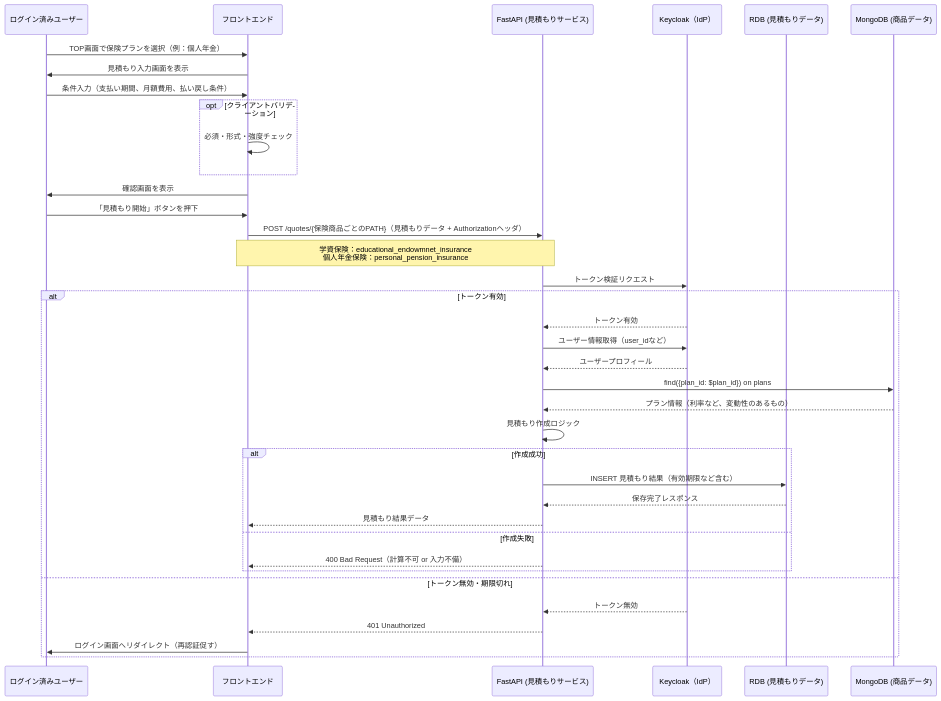
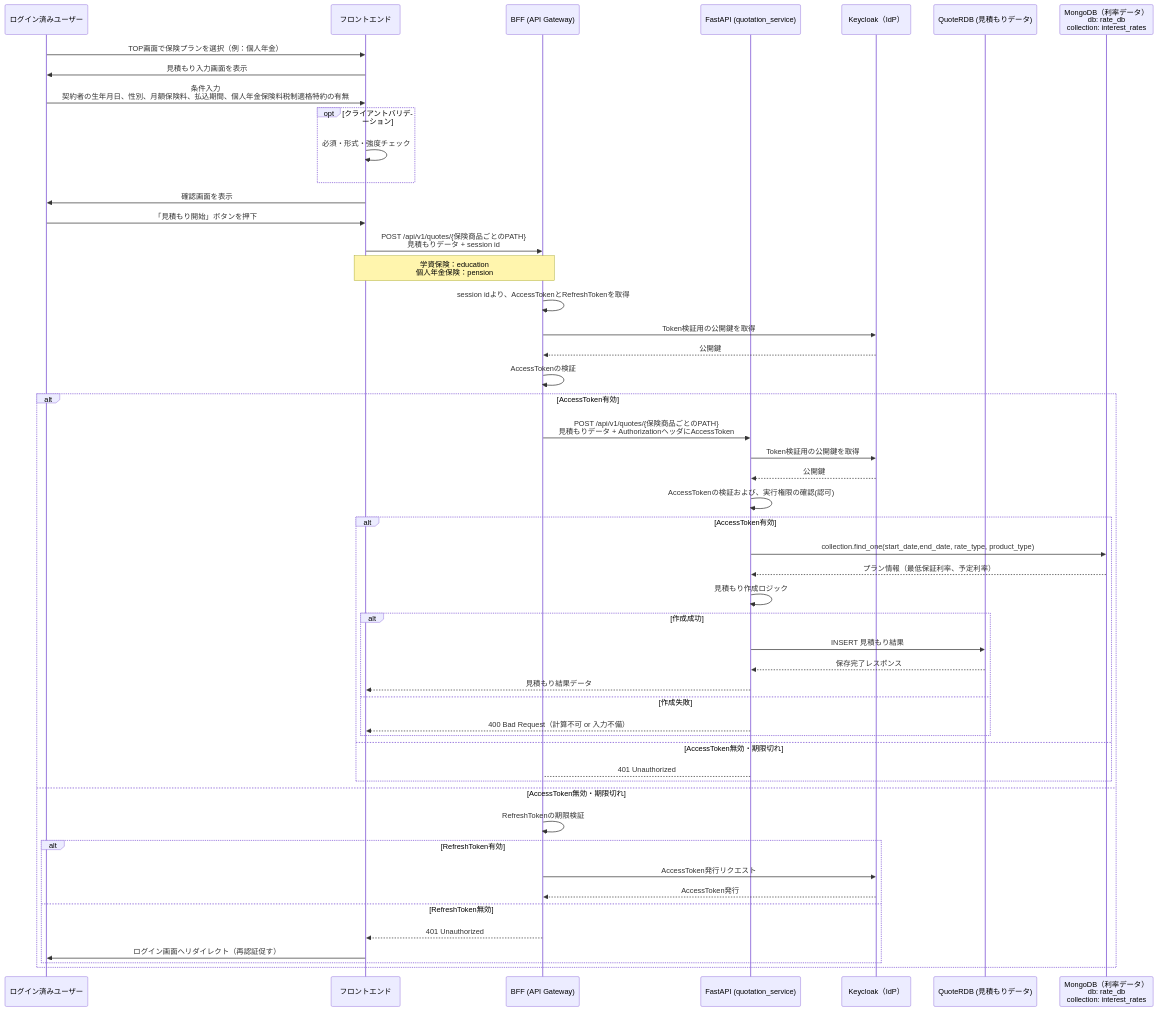
One commit to Yumapon/microservice_app changed the fifth of 10 diagrams in sequence/README.md. Above: the diagram before and after it, drawn with Mermaid. The commit also changed other lines of this file and 114 other files, not shown here.

Commit message:
add openapi, quotation_service(preview), application_service(preview)

````diff
--- a/sequence/README.md
+++ b/sequence/README.md
@@ -280,42 +281,55 @@
 ```mermaid
 sequenceDiagram
     participant User as ログイン済みユーザー
     participant Frontend as フロントエンド
-    participant API as FastAPI (見積もりサービス)
+    participant BFFAPI as BFF (API Gateway)
+    participant API as FastAPI (quotation_service)
     participant Keycloak as Keycloak（IdP）
-    participant DB1 as RDB (見積もりデータ)
-    participant DB2 as MongoDB (商品データ)
+    participant RDB as QuoteRDB (見積もりデータ)
+    participant MongoDB as MongoDB（利率データ）<br>db: rate_db<br>collection: interest_rates
 
     User->>Frontend: TOP画面で保険プランを選択（例：個人年金）
     Frontend->>User: 見積もり入力画面を表示
-    User->>Frontend: 条件入力（支払い期間、月額費用、払い戻し条件）
+    User->>Frontend: 条件入力 <br> 契約者の生年月日、性別、月額保険料、払込期間、個人年金保険料税制適格特約の有無
     opt クライアントバリデーション
         Frontend->>Frontend: 必須・形式・強度チェック
     end
     Frontend->>User: 確認画面を表示
     User->>Frontend: 「見積もり開始」ボタンを押下
 
-    Frontend->>API: POST /quotes/{保険商品ごとのPATH}（見積もりデータ + Authorizationヘッダ）
-    Note over Frontend,API: 学資保険：educational_endowmnet_insurance<br>個人年金保険：personal_pension_insurance
-    API->>Keycloak: トークン検証リクエスト
-    alt トークン有効
-        Keycloak-->>API: トークン有効
-        API->>Keycloak: ユーザー情報取得（user_idなど）
-        Keycloak-->>API: ユーザープロフィール
-        API->>DB2: find({plan_id: $plan_id}) on plans
-        DB2-->>API: プラン情報（利率など、変動性のあるもの）
-
-        API->>API: 見積もり作成ロジック
-        alt 作成成功
-            API->>DB1: INSERT 見積もり結果（有効期限など含む）
-            DB1-->>API: 保存完了レスポンス
-            API-->>Frontend: 見積もり結果データ
+    Frontend->>BFFAPI: POST /api/v1/quotes/{保険商品ごとのPATH} <br> 見積もりデータ + session id
+    Note over Frontend,BFFAPI: 学資保険：education <br>個人年金保険：pension
+    BFFAPI->>BFFAPI: session idより、AccessTokenとRefreshTokenを取得
+    BFFAPI->>Keycloak: Token検証用の公開鍵を取得
+    Keycloak-->>BFFAPI: 公開鍵
+    BFFAPI->>BFFAPI: AccessTokenの検証
+    alt AccessToken有効
+        BFFAPI->>API: POST /api/v1/quotes/{保険商品ごとのPATH} <br> 見積もりデータ + AuthorizationヘッダにAccessToken 
+        API->>Keycloak: Token検証用の公開鍵を取得
+        Keycloak-->>API: 公開鍵
+        API->>API: AccessTokenの検証および、実行権限の確認(認可) 
+        alt AccessToken有効
+            API->>MongoDB: collection.find_one(start_date,end_date, rate_type, product_type)
+            MongoDB-->>API: プラン情報（最低保証利率、予定利率）
+            API->>API: 見積もり作成ロジック
+            alt 作成成功
+                API->>RDB: INSERT 見積もり結果
+                RDB-->>API: 保存完了レスポンス
+                API-->>Frontend: 見積もり結果データ
         else 作成失敗
             API-->>Frontend: 400 Bad Request（計算不可 or 入力不備）
         end
-    else トークン無効・期限切れ
-        Keycloak-->>API: トークン無効
-        API-->>Frontend: 401 Unauthorized
-        Frontend->>User: ログイン画面へリダイレクト（再認証促す）
+        else AccessToken無効・期限切れ
+            API-->BFFAPI: 401 Unauthorized
+        end
+    else AccessToken無効・期限切れ
+        BFFAPI->>BFFAPI: RefreshTokenの期限検証
+        alt RefreshToken有効
+            BFFAPI->>Keycloak: AccessToken発行リクエスト
+            Keycloak-->>BFFAPI: AccessToken発行
+        else RefreshToken無効
+            BFFAPI-->>Frontend: 401 Unauthorized
+            Frontend->>User: ログイン画面へリダイレクト（再認証促す）
+        end
     end
 ```
````
